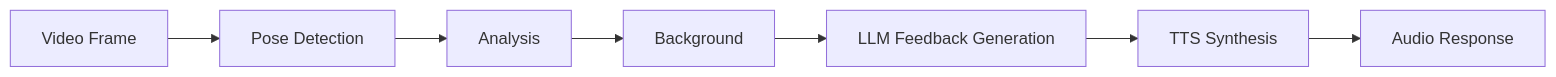
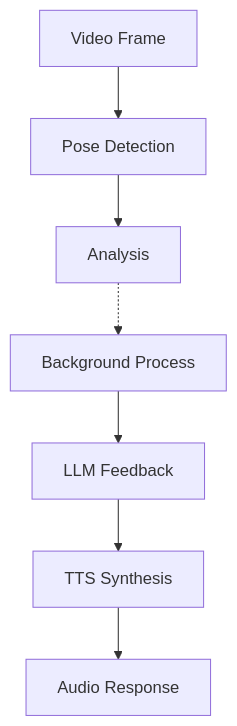
The first of 2 diagrams in docs/architecture.md (koishi510/MomShell), drawn with Mermaid before and after one commit. The commit also changed other lines of this file, not shown here.

````diff
--- a/docs/architecture.md
+++ b/docs/architecture.md
@@ -127,8 +127,9 @@
 ```mermaid
-flowchart LR
-    A[Video Frame] --> B[Pose Detection] --> C[Analysis]
-    C --> D[Background]
-    D --> E[LLM Feedback Generation]
+flowchart TD
+    A[Video Frame] --> B[Pose Detection]
+    B --> C[Analysis]
+    C -.-> D[Background Process]
+    D --> E[LLM Feedback]
     E --> F[TTS Synthesis]
     F --> G[Audio Response]
 ```
````
